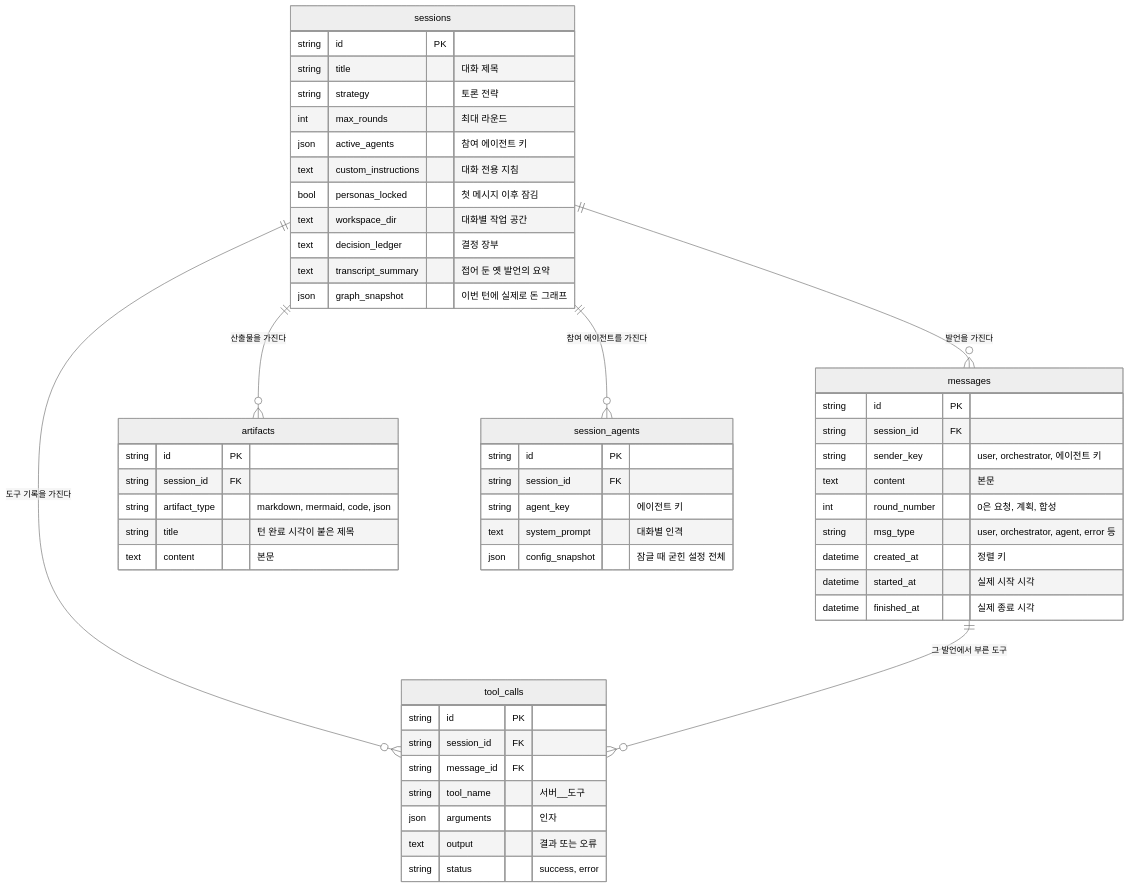
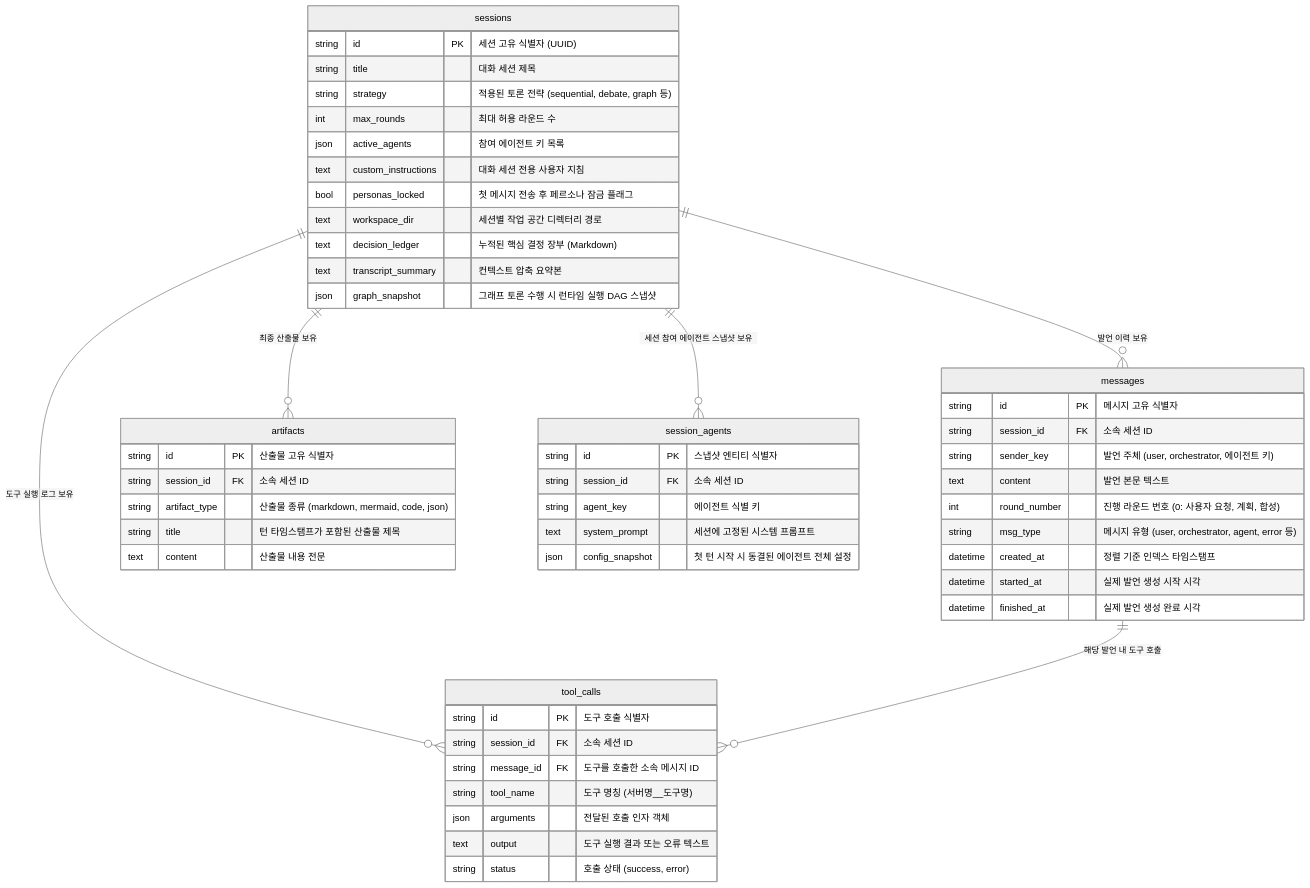
One commit to HaJaehee/MultiAgentDebateAndOrchestrationPlatform changed the sixth of 7 diagrams in lectures/03-architecture/01-static-view.md. Above: the diagram before and after it, drawn with Mermaid (neutral theme). The commit also changed other lines of this file and 39 other files, not shown here.

````diff
--- a/lectures/03-architecture/01-static-view.md
+++ b/lectures/03-architecture/01-static-view.md
@@ -328,56 +295,56 @@
 ```mermaid
 erDiagram
-    sessions ||--o{ messages : "발언을 가진다"
-    sessions ||--o{ tool_calls : "도구 기록을 가진다"
-    sessions ||--o{ artifacts : "산출물을 가진다"
-    sessions ||--o{ session_agents : "참여 에이전트를 가진다"
-    messages ||--o{ tool_calls : "그 발언에서 부른 도구"
+    sessions ||--o{ messages : "발언 이력 보유"
+    sessions ||--o{ tool_calls : "도구 실행 로그 보유"
+    sessions ||--o{ artifacts : "최종 산출물 보유"
+    sessions ||--o{ session_agents : "세션 참여 에이전트 스냅샷 보유"
+    messages ||--o{ tool_calls : "해당 발언 내 도구 호출"
 
     sessions {
-        string id PK
-        string title "대화 제목"
-        string strategy "토론 전략"
-        int max_rounds "최대 라운드"
-        json active_agents "참여 에이전트 키"
-        text custom_instructions "대화 전용 지침"
-        bool personas_locked "첫 메시지 이후 잠김"
-        text workspace_dir "대화별 작업 공간"
-        text decision_ledger "결정 장부"
-        text transcript_summary "접어 둔 옛 발언의 요약"
-        json graph_snapshot "이번 턴에 실제로 돈 그래프"
+        string id PK "세션 고유 식별자 (UUID)"
+        string title "대화 세션 제목"
+        string strategy "적용된 토론 전략 (sequential, debate, graph 등)"
+        int max_rounds "최대 허용 라운드 수"
+        json active_agents "참여 에이전트 키 목록"
+        text custom_instructions "대화 세션 전용 사용자 지침"
+        bool personas_locked "첫 메시지 전송 후 페르소나 잠금 플래그"
+        text workspace_dir "세션별 작업 공간 디렉터리 경로"
+        text decision_ledger "누적된 핵심 결정 장부 (Markdown)"
+        text transcript_summary "컨텍스트 압축 요약본"
+        json graph_snapshot "그래프 토론 수행 시 런타임 실행 DAG 스냅샷"
     }
     messages {
-        string id PK
-        string session_id FK
-        string sender_key "user, orchestrator, 에이전트 키"
-        text content "본문"
-        int round_number "0은 요청, 계획, 합성"
-        string msg_type "user, orchestrator, agent, error 등"
-        datetime created_at "정렬 키"
-        datetime started_at "실제 시작 시각"
-        datetime finished_at "실제 종료 시각"
+        string id PK "메시지 고유 식별자"
+        string session_id FK "소속 세션 ID"
+        string sender_key "발언 주체 (user, orchestrator, 에이전트 키)"
+        text content "발언 본문 텍스트"
+        int round_number "진행 라운드 번호 (0: 사용자 요청, 계획, 합성)"
+        string msg_type "메시지 유형 (user, orchestrator, agent, error 등)"
+        datetime created_at "정렬 기준 인덱스 타임스탬프"
+        datetime started_at "실제 발언 생성 시작 시각"
+        datetime finished_at "실제 발언 생성 완료 시각"
     }
     tool_calls {
-        string id PK
-        string session_id FK
-        string message_id FK
-        string tool_name "서버__도구"
-        json arguments "인자"
-        text output "결과 또는 오류"
-        string status "success, error"
+        string id PK "도구 호출 식별자"
+        string session_id FK "소속 세션 ID"
+        string message_id FK "도구를 호출한 소속 메시지 ID"
+        string tool_name "도구 명칭 (서버명__도구명)"
+        json arguments "전달된 호출 인자 객체"
+        text output "도구 실행 결과 또는 오류 텍스트"
+        string status "호출 상태 (success, error)"
     }
     artifacts {
-        string id PK
-        string session_id FK
-        string artifact_type "markdown, mermaid, code, json"
-        string title "턴 완료 시각이 붙은 제목"
-        text content "본문"
+        string id PK "산출물 고유 식별자"
+        string session_id FK "소속 세션 ID"
+        string artifact_type "산출물 종류 (markdown, mermaid, code, json)"
+        string title "턴 타임스탬프가 포함된 산출물 제목"
+        text content "산출물 내용 전문"
     }
     session_agents {
-        string id PK
-        string session_id FK
-        string agent_key "에이전트 키"
-        text system_prompt "대화별 인격"
-        json config_snapshot "잠글 때 굳힌 설정 전체"
+        string id PK "스냅샷 엔티티 식별자"
+        string session_id FK "소속 세션 ID"
+        string agent_key "에이전트 식별 키"
+        text system_prompt "세션에 고정된 시스템 프롬프트"
+        json config_snapshot "첫 턴 시작 시 동결된 에이전트 전체 설정"
     }
 ```
````
